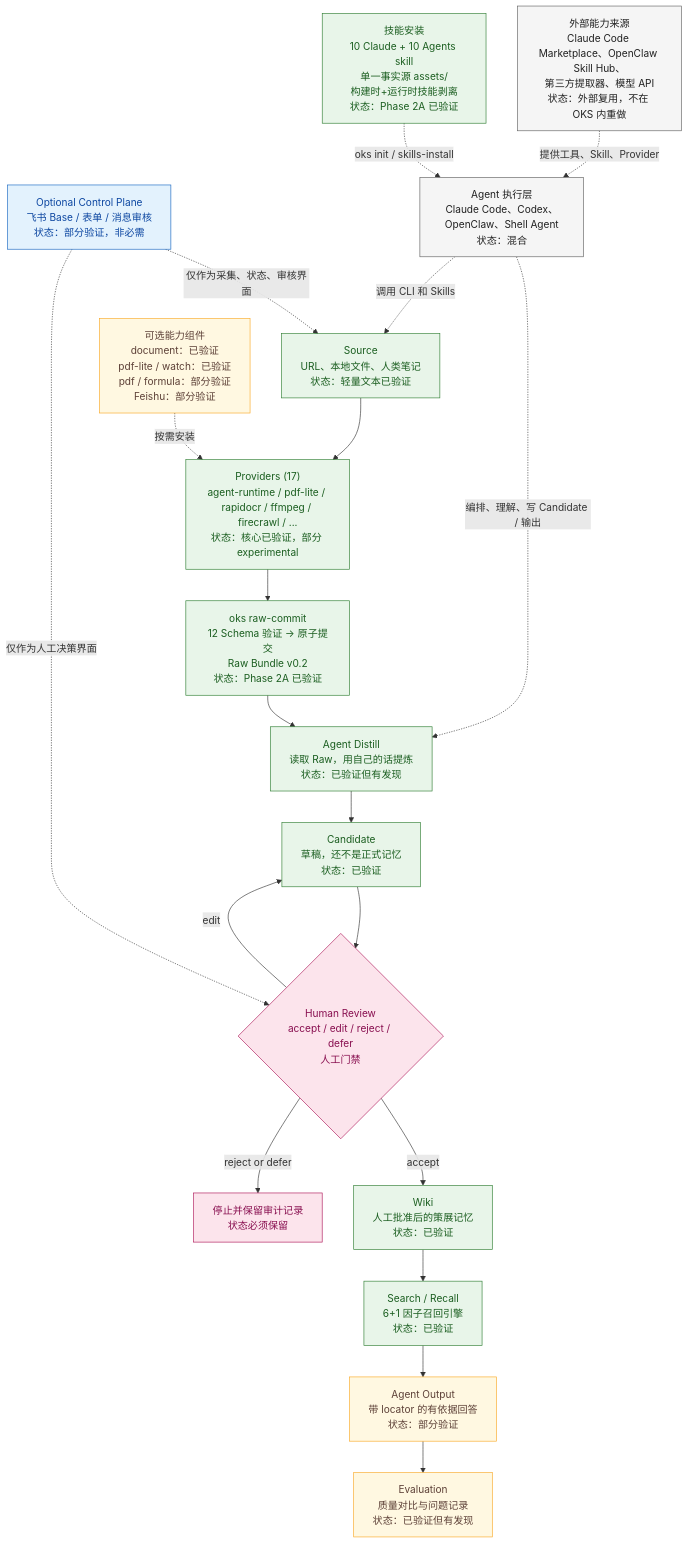
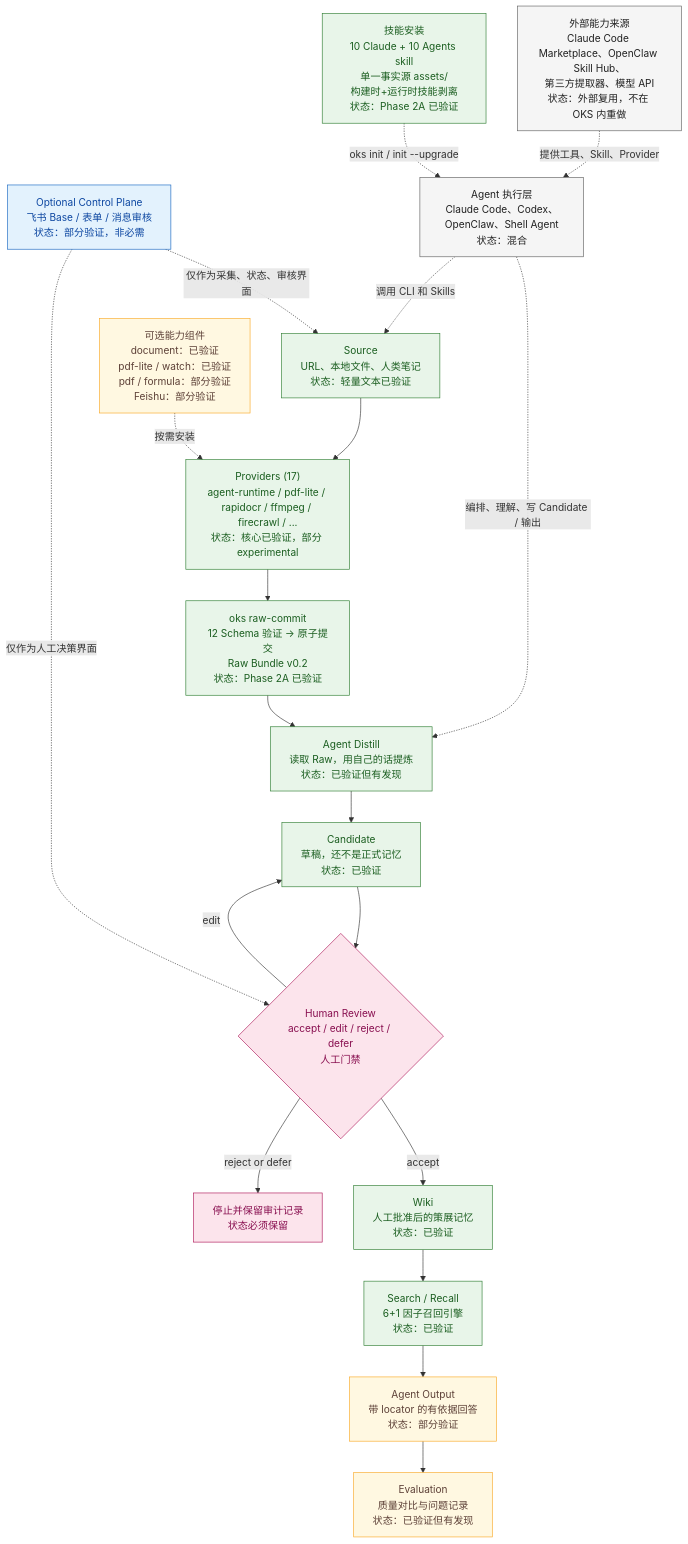
One commit to 1263-ux/open-knowledge-studio changed the diagram in docs/architecture/oks-core-architecture.md. Above: the diagram before and after it, drawn with Mermaid. The commit also changed other lines of this file and 7 other files, not shown here.

````diff
--- a/docs/architecture/oks-core-architecture.md
+++ b/docs/architecture/oks-core-architecture.md
@@ -9,38 +9,38 @@
 ```mermaid
 flowchart TD
     Source["Source\nURL、本地文件、人类笔记\n状态：轻量文本已验证"]:::verified
     Providers["Providers (17)\nagent-runtime / pdf-lite / rapidocr / ffmpeg / firecrawl / ...\n状态：核心已验证，部分 experimental"]:::verified
     RawCommit["oks raw-commit\n12 Schema 验证 → 原子提交\nRaw Bundle v0.2\n状态：Phase 2A 已验证"]:::verified
     Distill["Agent Distill\n读取 Raw，用自己的话提炼\n状态：已验证但有发现"]:::verified
     Candidate["Candidate\n草稿，还不是正式记忆\n状态：已验证"]:::verified
     Review{"Human Review\naccept / edit / reject / defer\n人工门禁"}:::human
     Wiki["Wiki\n人工批准后的策展记忆\n状态：已验证"]:::verified
     Recall["Search / Recall\n6+1 因子召回引擎\n状态：已验证"]:::verified
     Output["Agent Output\n带 locator 的有依据回答\n状态：部分验证"]:::partial
     Eval["Evaluation\n质量对比与问题记录\n状态：已验证但有发现"]:::partial
 
     Source --> Providers --> RawCommit --> Distill --> Candidate --> Review
     Review -->|accept| Wiki --> Recall --> Output --> Eval
     Review -->|edit| Candidate
     Review -->|reject or defer| Stop["停止并保留审计记录\n状态必须保留"]:::human
 
     Feishu["Optional Control Plane\n飞书 Base / 表单 / 消息审核\n状态：部分验证，非必需"]:::optional
     AgentLayer["Agent 执行层\nClaude Code、Codex、OpenClaw、Shell Agent\n状态：混合"]:::external
     External["外部能力来源\nClaude Code Marketplace、OpenClaw Skill Hub、\n第三方提取器、模型 API\n状态：外部复用，不在 OKS 内重做"]:::external
     Components["可选能力组件\ndocument：已验证\npdf-lite / watch：已验证\npdf / formula：部分验证\nFeishu：部分验证"]:::partial
     SkillInstall["技能安装\n10 Claude + 10 Agents skill\n单一事实源 assets/\n构建时+运行时技能剥离\n状态：Phase 2A 已验证"]:::verified
 
     Feishu -. "仅作为采集、状态、审核界面" .-> Source
     Feishu -. "仅作为人工决策界面" .-> Review
     AgentLayer -. "编排、理解、写 Candidate / 输出" .-> Distill
     AgentLayer -. "调用 CLI 和 Skills" .-> Source
     External -. "提供工具、Skill、Provider" .-> AgentLayer
     Components -. "按需安装" .-> Providers
-    SkillInstall -. "oks init / skills-install" .-> AgentLayer
+    SkillInstall -. "oks init / init --upgrade" .-> AgentLayer
 
     classDef verified fill:#e8f5e9,stroke:#2e7d32,color:#1b5e20;
     classDef partial fill:#fff8e1,stroke:#f9a825,color:#5d4037;
     classDef optional fill:#e3f2fd,stroke:#1565c0,color:#0d47a1;
     classDef external fill:#f5f5f5,stroke:#616161,color:#212121;
     classDef human fill:#fce4ec,stroke:#ad1457,color:#880e4f;
 ```
````
